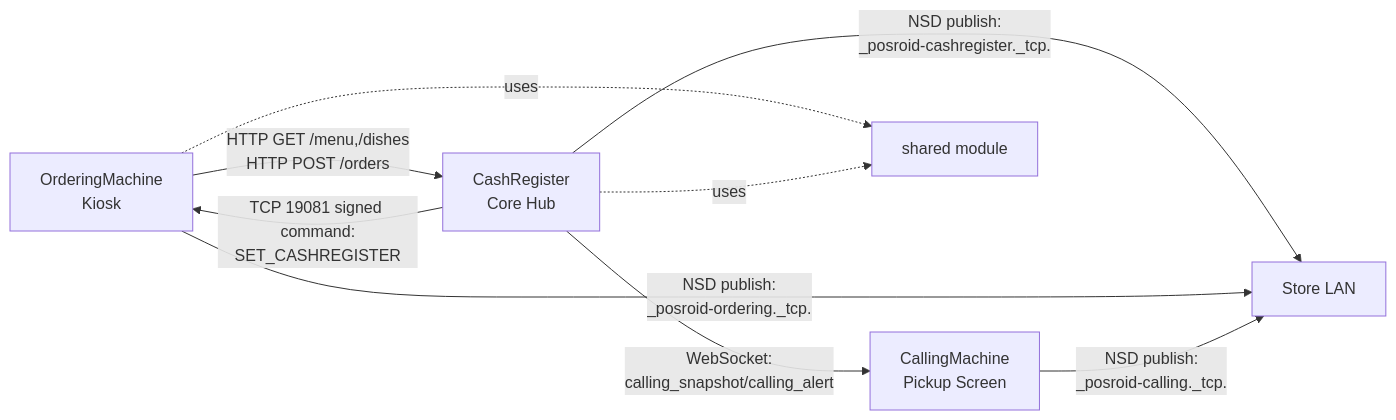
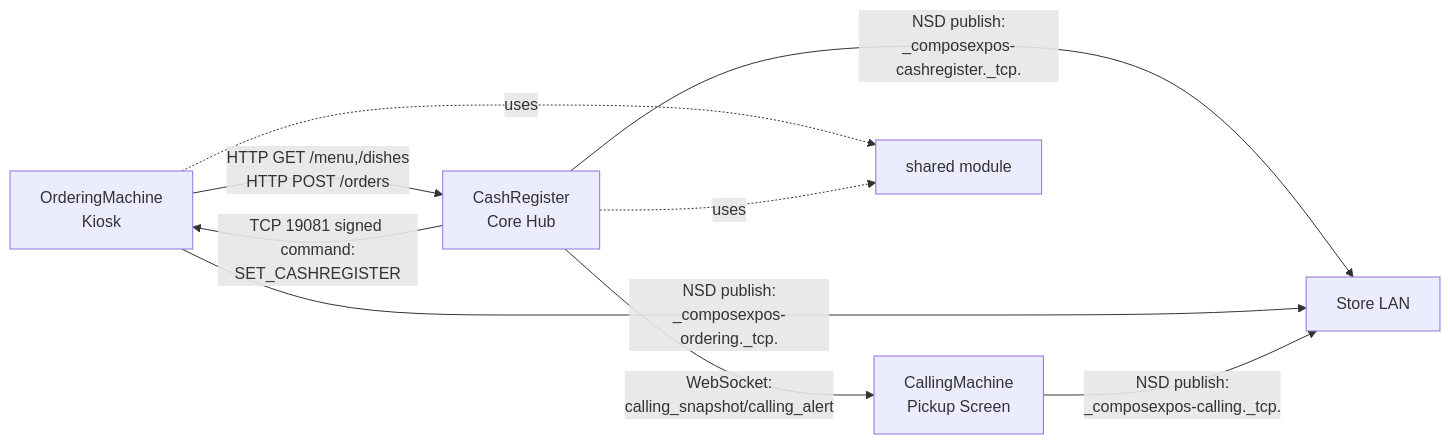
The diagram in ARCHITECTURE.md (ShaoWenbinSaleh/ComposeXPOS), drawn with Mermaid before and after one commit. The commit also changed 8 other files, not shown here.

````diff
--- a/ARCHITECTURE.md
+++ b/ARCHITECTURE.md
@@ -25,11 +25,11 @@
 ```mermaid
 graph LR
     OM["OrderingMachine<br/>Kiosk"] -->|"HTTP GET /menu,/dishes<br/>HTTP POST /orders"| CR["CashRegister<br/>Core Hub"]
     CR -->|"WebSocket:<br/>calling_snapshot/calling_alert"| CM["CallingMachine<br/>Pickup Screen"]
-    CR -->|"NSD publish:<br/>_posroid-cashregister._tcp."| LAN["Store LAN"]
-    OM -->|"NSD publish:<br/>_posroid-ordering._tcp."| LAN
-    CM -->|"NSD publish:<br/>_posroid-calling._tcp."| LAN
+    CR -->|"NSD publish:<br/>_composexpos-cashregister._tcp."| LAN["Store LAN"]
+    OM -->|"NSD publish:<br/>_composexpos-ordering._tcp."| LAN
+    CM -->|"NSD publish:<br/>_composexpos-calling._tcp."| LAN
     CR -->|"TCP 19081 signed command:<br/>SET_CASHREGISTER"| OM
     OM -. uses .-> SH["shared module"]
     CR -. uses .-> SH
 ```
````
